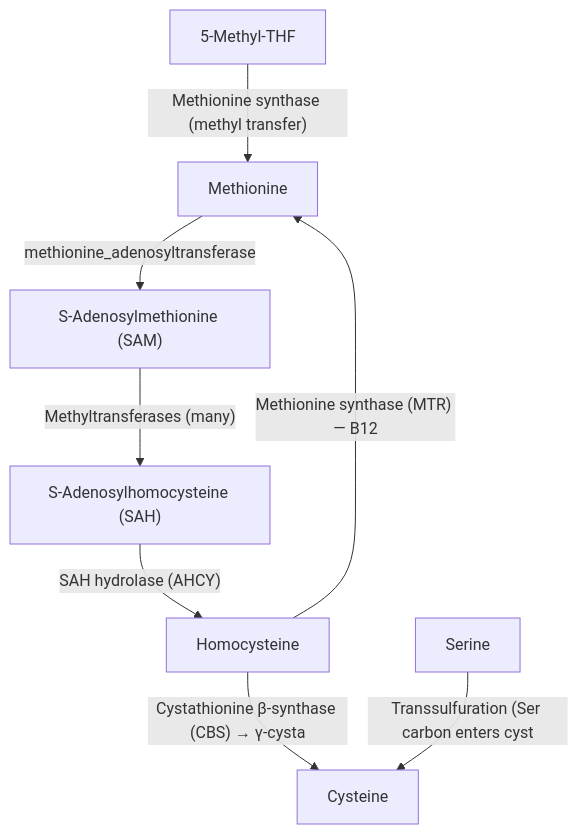
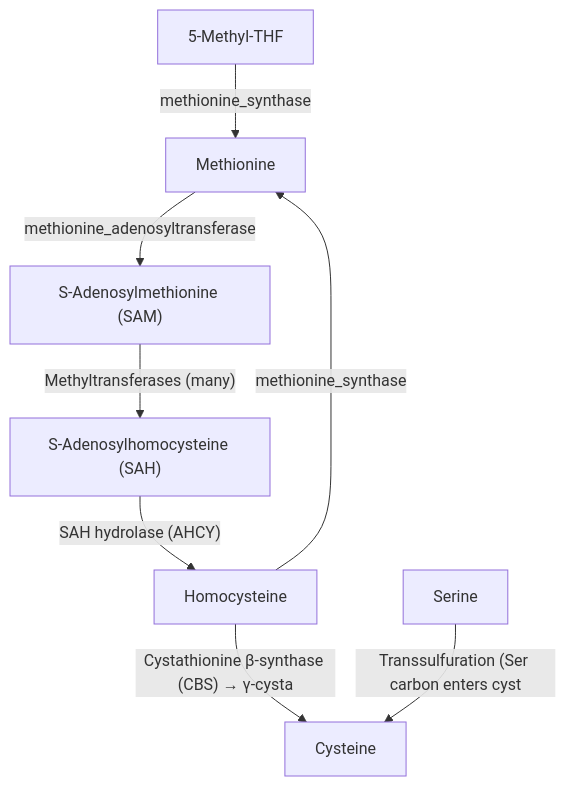
Before and after one commit to murffious/biology_as_code: the diagram in src/biology_as_code/pathways/packs/methionine_one_carbon/pathway.mermaid, drawn with Mermaid. The commit also changed 25 other files, not shown here.

Commit message:
feat: implement gut incretin network pathway with registry graph, mermaid visualization, and activity regulation logic

```diff
--- a/src/biology_as_code/pathways/packs/methionine_one_carbon/pathway.mermaid
+++ b/src/biology_as_code/pathways/packs/methionine_one_carbon/pathway.mermaid
@@ -1,19 +1,19 @@
 flowchart TD
   %% Auto-generated from registry pathway: methionine_one_carbon
   %% Do not hand-edit; re-run scripts/export_pathway_packs.py
   %% Source: One-carbon metabolism and methionine cycle — standard nutrition/biochem texts.
   %% Source: Homocysteine, folate, B12 interactions — public health / vascular literature.
   methionine["Methionine"]
   sam["S-Adenosylmethionine (SAM)"]
   sah["S-Adenosylhomocysteine (SAH)"]
   homocysteine["Homocysteine"]
   methyl_thf["5-Methyl-THF"]
   cysteine["Cysteine"]
   serine["Serine"]
   methionine -->|"methionine_adenosyltransferase"| sam
   sam -->|"Methyltransferases (many)"| sah
   sah -->|"SAH hydrolase (AHCY)"| homocysteine
-  homocysteine -->|"Methionine synthase (MTR) — B12"| methionine
-  methyl_thf -->|"Methionine synthase (methyl transfer)"| methionine
+  homocysteine -->|"methionine_synthase"| methionine
+  methyl_thf -->|"methionine_synthase"| methionine
   homocysteine -->|"Cystathionine β-synthase (CBS) → γ-cysta"| cysteine
   serine -->|"Transsulfuration (Ser carbon enters cyst"| cysteine
```
